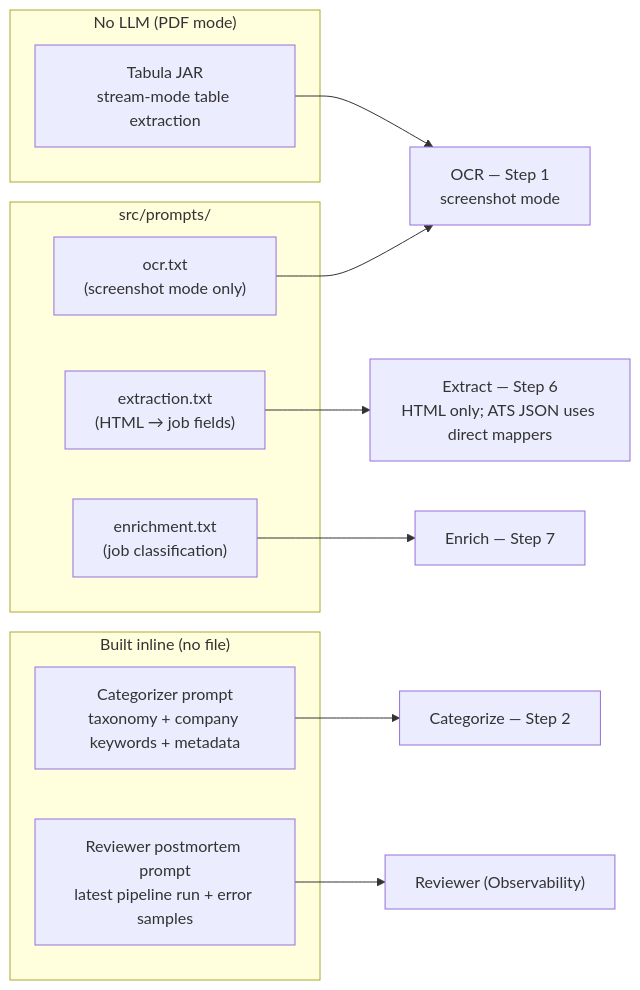
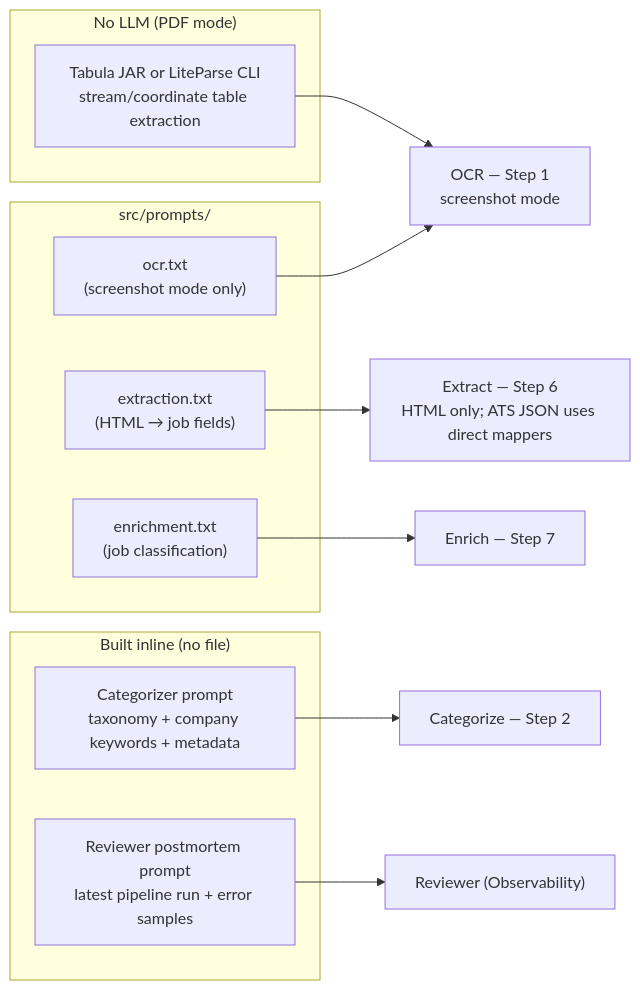
One commit to walshkang/csb-job-board changed the second of 2 diagrams in README.md. Above: the diagram before and after it, drawn with Mermaid. The commit also changed other lines of this file and 4 other files, not shown here.

First line of the commit message:
Add optional LiteParse PDF backend for OCR

````diff
--- a/README.md
+++ b/README.md
@@ -262,24 +262,24 @@
 ```mermaid
 flowchart LR
     subgraph Prompts ["src/prompts/"]
         P1["ocr.txt\n(screenshot mode only)"]
         P4["extraction.txt\n(HTML → job fields)"]
         P5["enrichment.txt\n(job classification)"]
     end
 
     subgraph Inline ["Built inline (no file)"]
         I1["Categorizer prompt\ntaxonomy + company keywords + metadata"]
         I2["Reviewer postmortem prompt\nlatest pipeline run + error samples"]
     end
 
     subgraph NoAI ["No LLM (PDF mode)"]
-        T1["Tabula JAR\nstream-mode table extraction"]
+        T1["Tabula JAR or LiteParse CLI\nstream/coordinate table extraction"]
     end
 
     P1 --> OCR["OCR — Step 1\nscreenshot mode"]
     T1 --> OCR
     P4 --> EXT["Extract — Step 6\nHTML only; ATS JSON uses direct mappers"]
     P5 --> ENR["Enrich — Step 7"]
     I1 --> CAT["Categorize — Step 2"]
     I2 --> REV["Reviewer (Observability)"]
 ```
````
